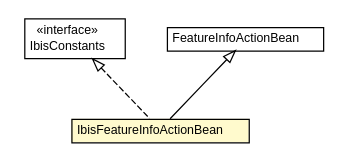
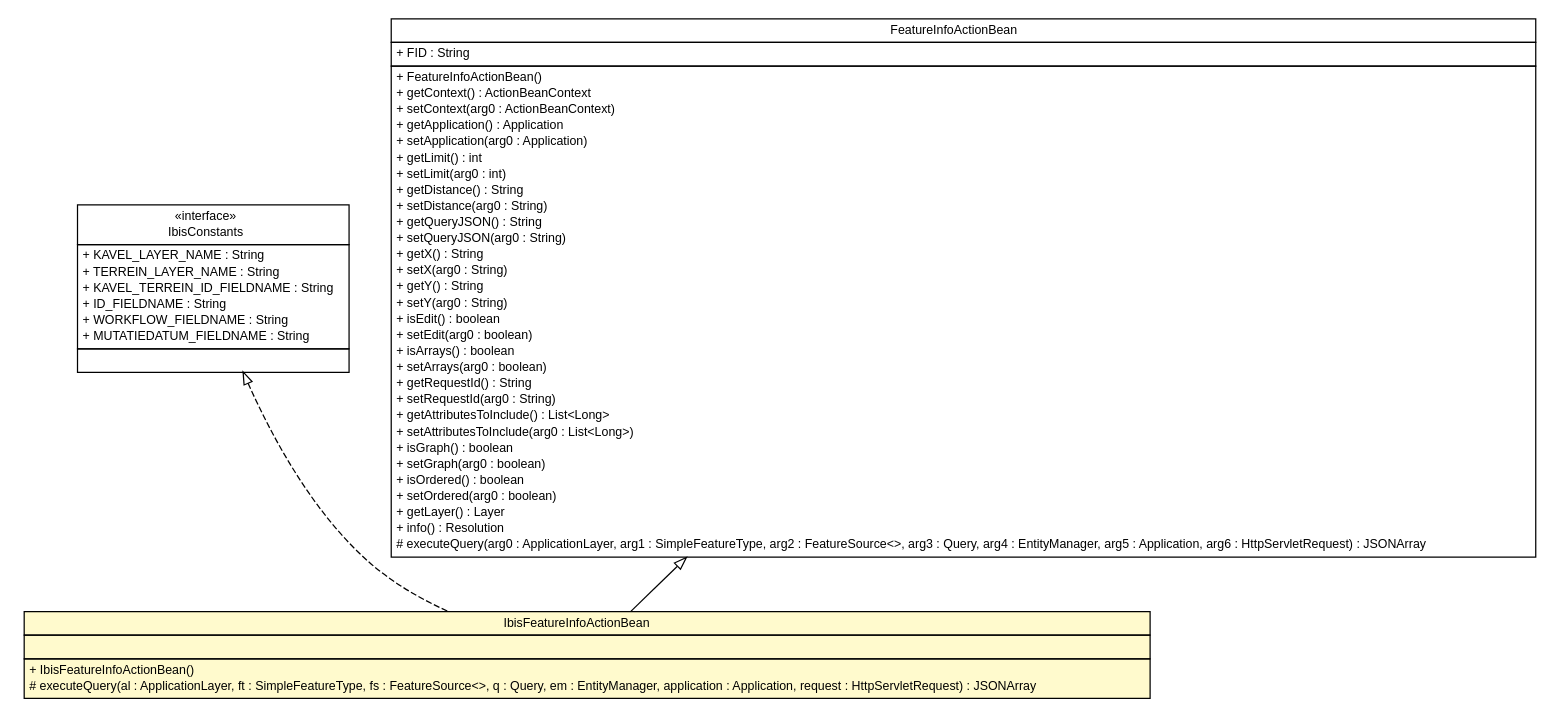
One commit to B3Partners/flamingo-ibis changed the diagram in ibis-viewer/apidocs/nl/b3p/viewer/stripes/IbisFeatureInfoActionBean.dot. Above: the diagram before and after it, drawn with Graphviz. The commit also changed 233 other files, not shown here.

```diff
--- a/ibis-viewer/apidocs/nl/b3p/viewer/stripes/IbisFeatureInfoActionBean.dot
+++ b/ibis-viewer/apidocs/nl/b3p/viewer/stripes/IbisFeatureInfoActionBean.dot
@@ -1,35 +1,88 @@
 #!/usr/local/bin/dot
 #
 # Class diagram 
 # Generated by UMLGraph version R5_6-24-gf6e263 (http://www.umlgraph.org/)
 #
 
 digraph G {
 	edge [fontname="Helvetica",fontsize=10,labelfontname="Helvetica",labelfontsize=10];
 	node [fontname="Helvetica",fontsize=10,shape=plaintext];
 	nodesep=0.25;
 	ranksep=0.5;
 	// nl.b3p.viewer.stripes.IbisFeatureInfoActionBean
-	c169 [label=<<table title="nl.b3p.viewer.stripes.IbisFeatureInfoActionBean" border="0" cellborder="1" cellspacing="0" cellpadding="2" port="p" bgcolor="lemonChiffon" href="./IbisFeatureInfoActionBean.html">
+	c206 [label=<<table title="nl.b3p.viewer.stripes.IbisFeatureInfoActionBean" border="0" cellborder="1" cellspacing="0" cellpadding="2" port="p" bgcolor="lemonChiffon" href="./IbisFeatureInfoActionBean.html">
 		<tr><td><table border="0" cellspacing="0" cellpadding="1">
 <tr><td align="center" balign="center"> IbisFeatureInfoActionBean </td></tr>
 		</table></td></tr>
+		<tr><td><table border="0" cellspacing="0" cellpadding="1">
+<tr><td align="left" balign="left">  </td></tr>
+		</table></td></tr>
+		<tr><td><table border="0" cellspacing="0" cellpadding="1">
+<tr><td align="left" balign="left"> + IbisFeatureInfoActionBean() </td></tr>
+<tr><td align="left" balign="left"> # executeQuery(al : ApplicationLayer, ft : SimpleFeatureType, fs : FeatureSource&lt;&gt;, q : Query, em : EntityManager, application : Application, request : HttpServletRequest) : JSONArray </td></tr>
+		</table></td></tr>
 		</table>>, URL="./IbisFeatureInfoActionBean.html", fontname="Helvetica", fontcolor="black", fontsize=10.0];
 	// nl.b3p.viewer.ibis.util.IbisConstants
-	c177 [label=<<table title="nl.b3p.viewer.ibis.util.IbisConstants" border="0" cellborder="1" cellspacing="0" cellpadding="2" port="p" href="../ibis/util/IbisConstants.html">
+	c214 [label=<<table title="nl.b3p.viewer.ibis.util.IbisConstants" border="0" cellborder="1" cellspacing="0" cellpadding="2" port="p" href="../ibis/util/IbisConstants.html">
 		<tr><td><table border="0" cellspacing="0" cellpadding="1">
 <tr><td align="center" balign="center"> &#171;interface&#187; </td></tr>
 <tr><td align="center" balign="center"> IbisConstants </td></tr>
 		</table></td></tr>
+		<tr><td><table border="0" cellspacing="0" cellpadding="1">
+<tr><td align="left" balign="left"> + KAVEL_LAYER_NAME : String </td></tr>
+<tr><td align="left" balign="left"> + TERREIN_LAYER_NAME : String </td></tr>
+<tr><td align="left" balign="left"> + KAVEL_TERREIN_ID_FIELDNAME : String </td></tr>
+<tr><td align="left" balign="left"> + ID_FIELDNAME : String </td></tr>
+<tr><td align="left" balign="left"> + WORKFLOW_FIELDNAME : String </td></tr>
+<tr><td align="left" balign="left"> + MUTATIEDATUM_FIELDNAME : String </td></tr>
+		</table></td></tr>
+		<tr><td><table border="0" cellspacing="0" cellpadding="1">
+<tr><td align="left" balign="left">  </td></tr>
+		</table></td></tr>
 		</table>>, URL="../ibis/util/IbisConstants.html", fontname="Helvetica", fontcolor="black", fontsize=10.0];
 	//nl.b3p.viewer.stripes.IbisFeatureInfoActionBean extends nl.b3p.viewer.stripes.FeatureInfoActionBean
-	c179:p -> c169:p [dir=back,arrowtail=empty];
+	c216:p -> c206:p [dir=back,arrowtail=empty];
 	//nl.b3p.viewer.stripes.IbisFeatureInfoActionBean implements nl.b3p.viewer.ibis.util.IbisConstants
-	c177:p -> c169:p [dir=back,arrowtail=empty,style=dashed];
+	c214:p -> c206:p [dir=back,arrowtail=empty,style=dashed];
 	// nl.b3p.viewer.stripes.FeatureInfoActionBean
-	c179 [label=<<table title="nl.b3p.viewer.stripes.FeatureInfoActionBean" border="0" cellborder="1" cellspacing="0" cellpadding="2" port="p">
+	c216 [label=<<table title="nl.b3p.viewer.stripes.FeatureInfoActionBean" border="0" cellborder="1" cellspacing="0" cellpadding="2" port="p">
 		<tr><td><table border="0" cellspacing="0" cellpadding="1">
 <tr><td align="center" balign="center"> FeatureInfoActionBean </td></tr>
 		</table></td></tr>
+		<tr><td><table border="0" cellspacing="0" cellpadding="1">
+<tr><td align="left" balign="left"> + FID : String </td></tr>
+		</table></td></tr>
+		<tr><td><table border="0" cellspacing="0" cellpadding="1">
+<tr><td align="left" balign="left"> + FeatureInfoActionBean() </td></tr>
+<tr><td align="left" balign="left"> + getContext() : ActionBeanContext </td></tr>
+<tr><td align="left" balign="left"> + setContext(arg0 : ActionBeanContext) </td></tr>
+<tr><td align="left" balign="left"> + getApplication() : Application </td></tr>
+<tr><td align="left" balign="left"> + setApplication(arg0 : Application) </td></tr>
+<tr><td align="left" balign="left"> + getLimit() : int </td></tr>
+<tr><td align="left" balign="left"> + setLimit(arg0 : int) </td></tr>
+<tr><td align="left" balign="left"> + getDistance() : String </td></tr>
+<tr><td align="left" balign="left"> + setDistance(arg0 : String) </td></tr>
+<tr><td align="left" balign="left"> + getQueryJSON() : String </td></tr>
+<tr><td align="left" balign="left"> + setQueryJSON(arg0 : String) </td></tr>
+<tr><td align="left" balign="left"> + getX() : String </td></tr>
+<tr><td align="left" balign="left"> + setX(arg0 : String) </td></tr>
+<tr><td align="left" balign="left"> + getY() : String </td></tr>
+<tr><td align="left" balign="left"> + setY(arg0 : String) </td></tr>
+<tr><td align="left" balign="left"> + isEdit() : boolean </td></tr>
+<tr><td align="left" balign="left"> + setEdit(arg0 : boolean) </td></tr>
+<tr><td align="left" balign="left"> + isArrays() : boolean </td></tr>
+<tr><td align="left" balign="left"> + setArrays(arg0 : boolean) </td></tr>
+<tr><td align="left" balign="left"> + getRequestId() : String </td></tr>
+<tr><td align="left" balign="left"> + setRequestId(arg0 : String) </td></tr>
+<tr><td align="left" balign="left"> + getAttributesToInclude() : List&lt;Long&gt; </td></tr>
+<tr><td align="left" balign="left"> + setAttributesToInclude(arg0 : List&lt;Long&gt;) </td></tr>
+<tr><td align="left" balign="left"> + isGraph() : boolean </td></tr>
+<tr><td align="left" balign="left"> + setGraph(arg0 : boolean) </td></tr>
+<tr><td align="left" balign="left"> + isOrdered() : boolean </td></tr>
+<tr><td align="left" balign="left"> + setOrdered(arg0 : boolean) </td></tr>
+<tr><td align="left" balign="left"> + getLayer() : Layer </td></tr>
+<tr><td align="left" balign="left"> + info() : Resolution </td></tr>
+<tr><td align="left" balign="left"> # executeQuery(arg0 : ApplicationLayer, arg1 : SimpleFeatureType, arg2 : FeatureSource&lt;&gt;, arg3 : Query, arg4 : EntityManager, arg5 : Application, arg6 : HttpServletRequest) : JSONArray </td></tr>
+		</table></td></tr>
 		</table>>, URL="null", fontname="Helvetica", fontcolor="black", fontsize=10.0];
 }
```
